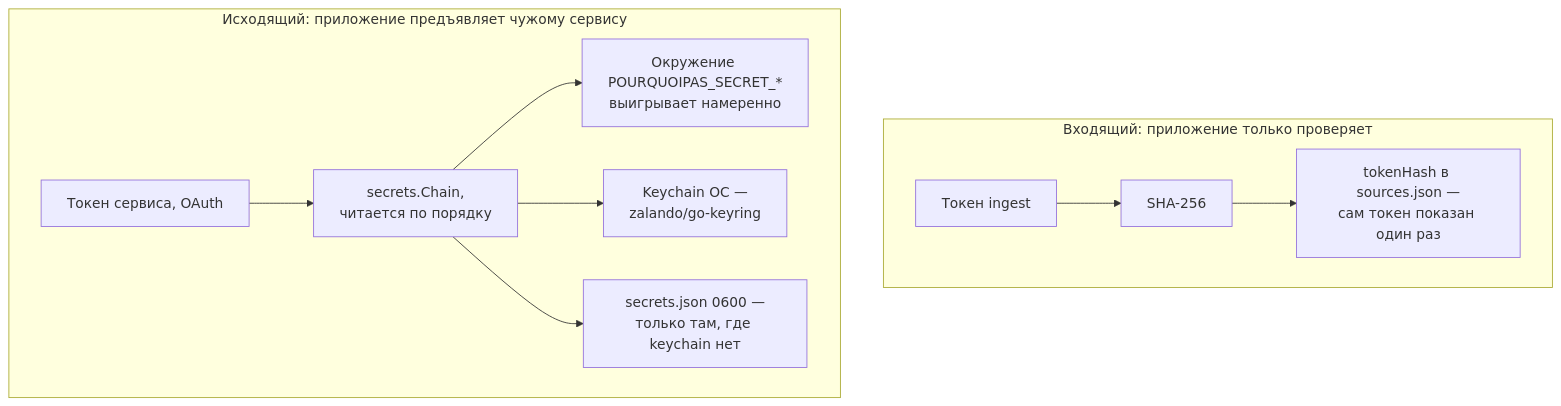
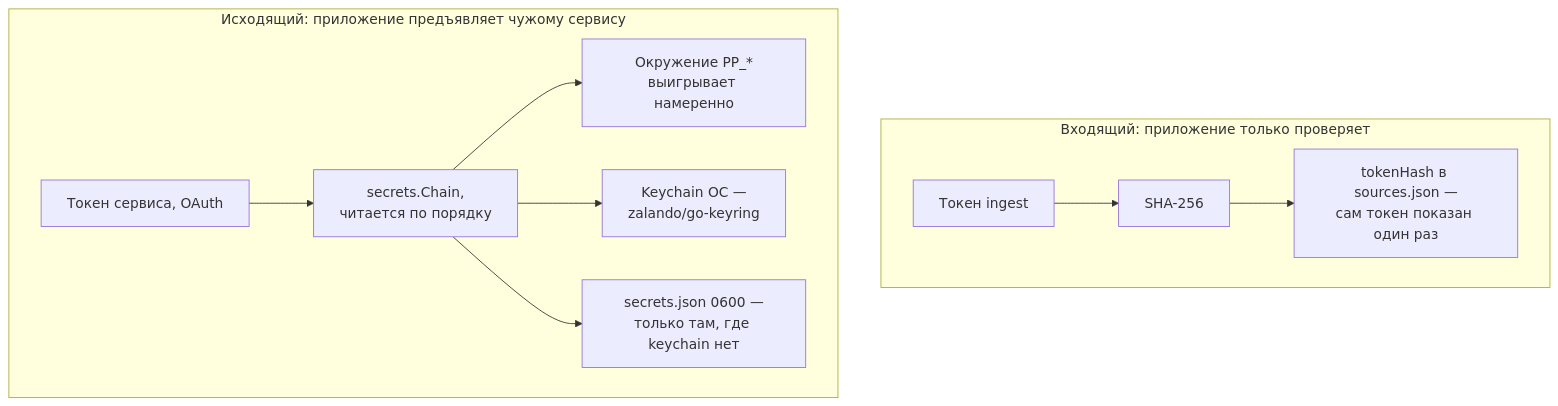
Before and after one commit to artipop/pourquoipas: the sixth of 12 diagrams in docs/sources.md, drawn with Mermaid. The commit also changed other lines of this file and 160 other files, not shown here.

````diff
--- a/docs/sources.md
+++ b/docs/sources.md
@@ -624,13 +624,13 @@
 ```mermaid
 flowchart TD
     subgraph in["Входящий: приложение только проверяет"]
         T1["Токен ingest"] --> H["SHA-256"]
         H --> HS["tokenHash в sources.json —<br/>сам токен показан один раз"]
     end
     subgraph out["Исходящий: приложение предъявляет чужому сервису"]
         T2["Токен сервиса, OAuth"] --> CH["secrets.Chain,<br/>читается по порядку"]
-        CH --> EV["Окружение POURQUOIPAS_SECRET_*<br/>выигрывает намеренно"]
+        CH --> EV["Окружение PP_*<br/>выигрывает намеренно"]
         CH --> KC["Keychain ОС —<br/>zalando/go-keyring"]
         CH --> FS["secrets.json 0600 —<br/>только там, где keychain нет"]
     end
 ```
````
